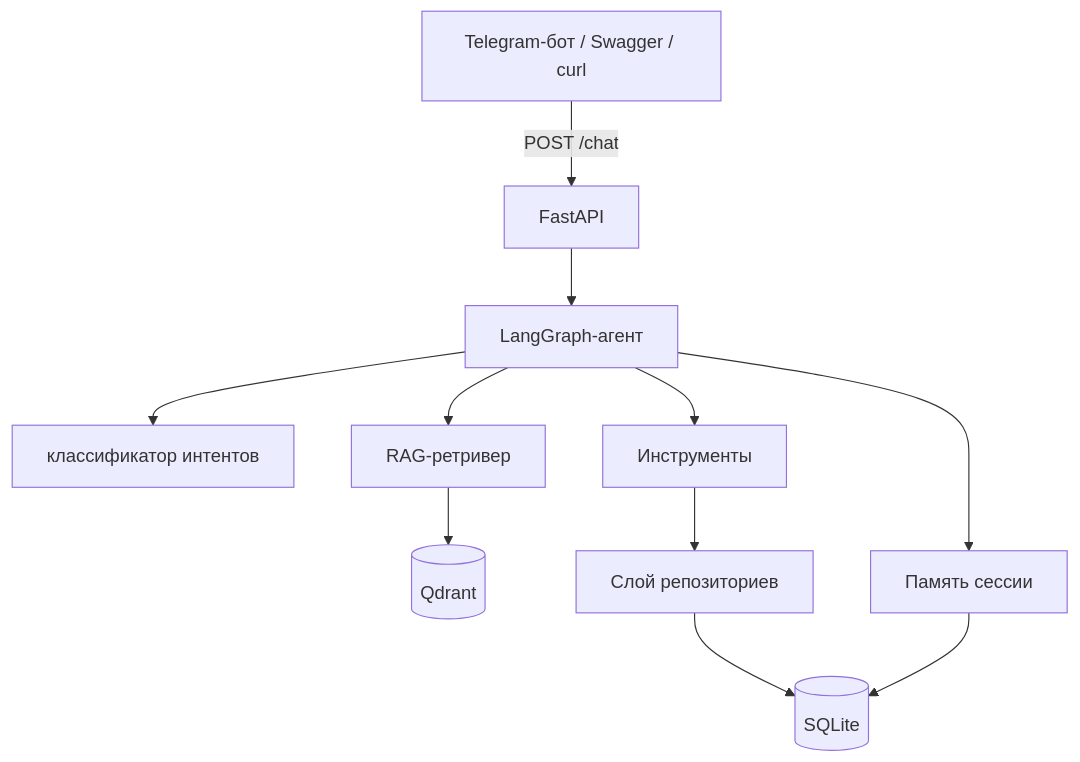
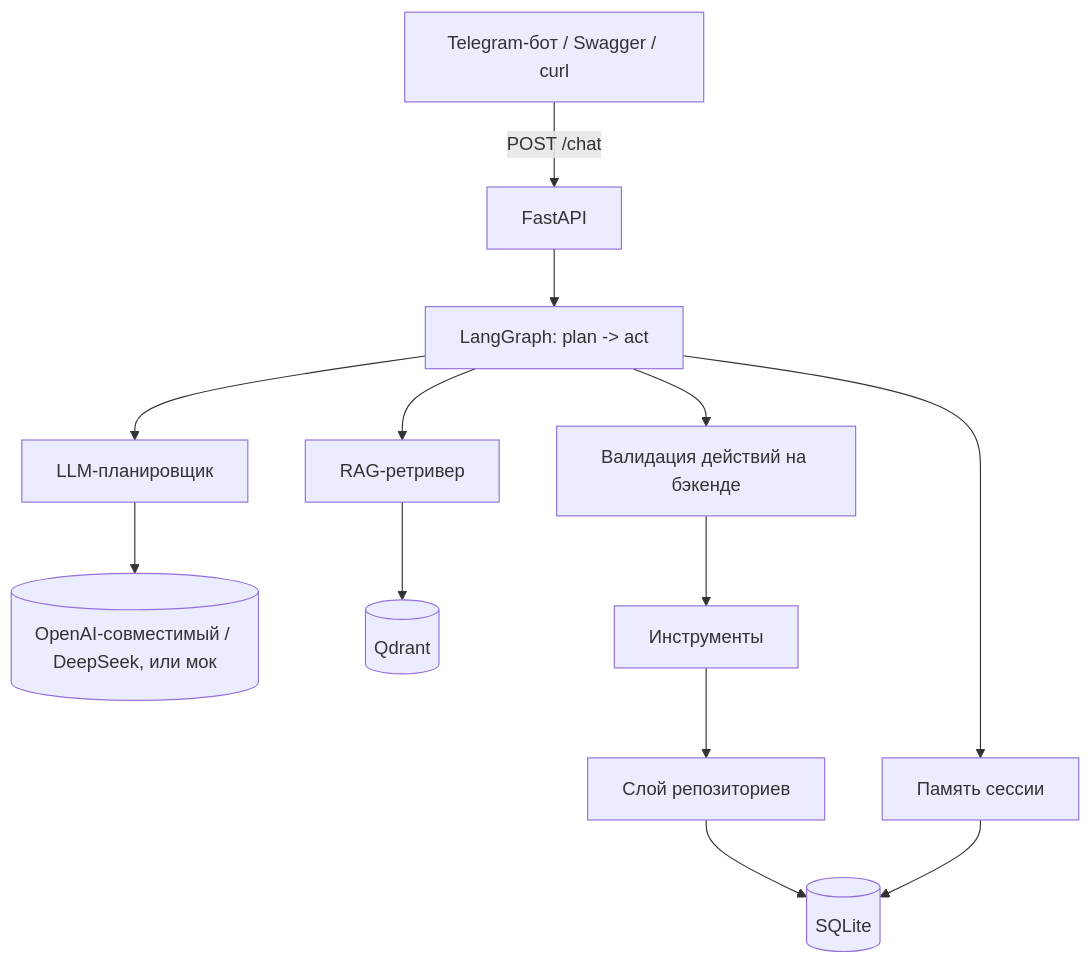
Before and after one commit to HullyMully/ai-marketing-agent-rag-langgraph: the diagram in docs/architecture.ru.md, drawn with Mermaid. The commit also changed other lines of this file and 25 other files, not shown here.

````diff
--- a/docs/architecture.ru.md
+++ b/docs/architecture.ru.md
@@ -16,13 +20,15 @@
 ```mermaid
 flowchart TB
     Client[Telegram-бот / Swagger / curl] -->|POST /chat| FastAPI
-    FastAPI --> Agent[LangGraph-агент]
-    Agent --> Intent[классификатор интентов]
+    FastAPI --> Agent[LangGraph: plan -> act]
+    Agent --> Planner[LLM-планировщик]
+    Planner --> LLM[(OpenAI-совместимый / DeepSeek, или мок)]
     Agent --> Retriever[RAG-ретривер]
-    Agent --> Tools[Инструменты]
     Retriever --> Qdrant[(Qdrant)]
+    Agent --> Validate[Валидация действий на бэкенде]
+    Validate --> Tools[Инструменты]
     Tools --> Repos[Слой репозиториев]
     Repos --> SQLite[(SQLite)]
     Agent --> Memory[Память сессии]
     Memory --> SQLite
 ```
````
